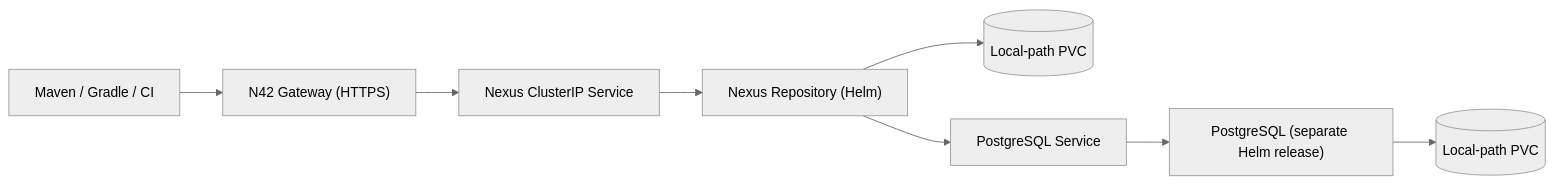
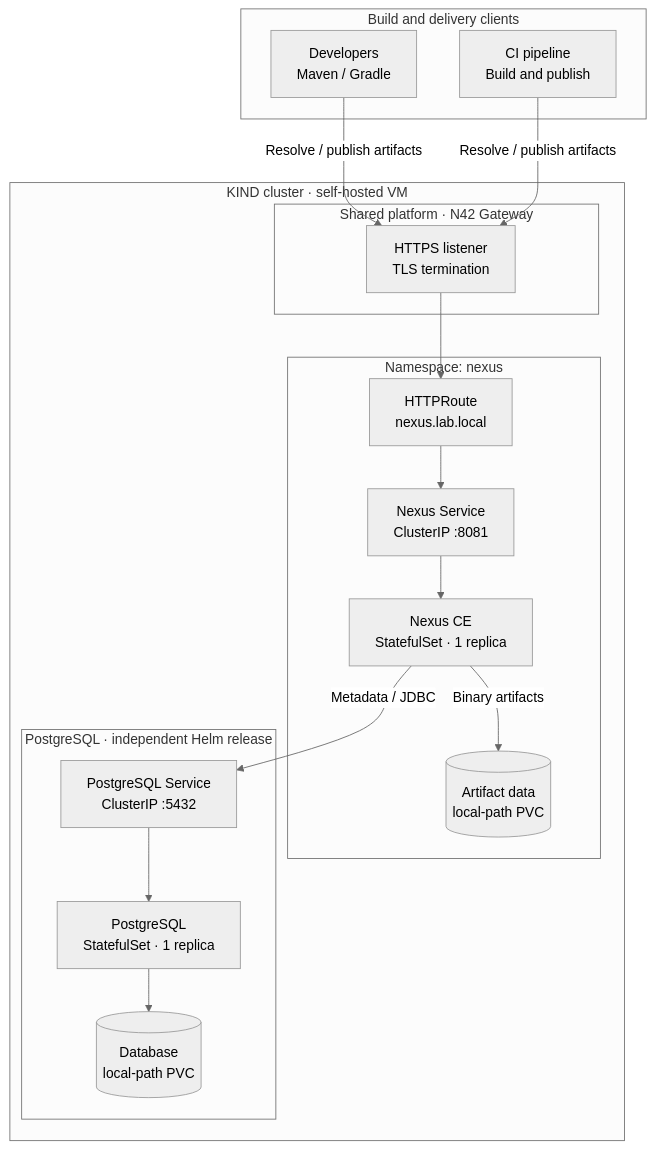
Before and after one commit to naren4b/cloud-platform-engineering-labs: the diagram in platform-engineering/core-02-nexus-artifact-repository/README.md, drawn with Mermaid (neutral theme). The commit also changed other lines of this file and 96 other files, not shown here.

Commit message:
docs: present Nexus deployment architecture and staged Helm workflow

````diff
--- a/platform-engineering/core-02-nexus-artifact-repository/README.md
+++ b/platform-engineering/core-02-nexus-artifact-repository/README.md
@@ -7,10 +9,36 @@
 ```mermaid
-flowchart LR
-    Client["Maven / Gradle / CI"] --> Gateway["N42 Gateway (HTTPS)"]
-    Gateway --> Service["Nexus ClusterIP Service"]
-    Service --> Nexus["Nexus Repository (Helm)"]
-    Nexus --> Artifacts[("Local-path PVC")]
-    Nexus --> DBService["PostgreSQL Service"]
-    DBService --> PostgreSQL["PostgreSQL (separate Helm release)"]
-    PostgreSQL --> Database[("Local-path PVC")]
+flowchart TB
+    subgraph Clients["Build and delivery clients"]
+      Dev["Developers<br/>Maven / Gradle"]
+      CI["CI pipeline<br/>Build and publish"]
+    end
+
+    subgraph KIND["KIND cluster · self-hosted VM"]
+      subgraph Edge["Shared platform · N42 Gateway"]
+        TLS["HTTPS listener<br/>TLS termination"]
+      end
+
+      subgraph NexusNS["Namespace: nexus"]
+        Route["HTTPRoute<br/>nexus.lab.local"]
+        Svc["Nexus Service<br/>ClusterIP :8081"]
+        App["Nexus CE<br/>StatefulSet · 1 replica"]
+        Blob[("Artifact data<br/>local-path PVC")]
+      end
+
+      subgraph DatabaseNS["PostgreSQL · independent Helm release"]
+        DbSvc["PostgreSQL Service<br/>ClusterIP :5432"]
+        Pg["PostgreSQL<br/>StatefulSet · 1 replica"]
+        Data[("Database<br/>local-path PVC")]
+      end
+    end
+
+    Dev -->|"Resolve / publish artifacts"| TLS
+    CI -->|"Resolve / publish artifacts"| TLS
+    TLS --> Route
+    Route --> Svc
+    Svc --> App
+    App -->|"Binary artifacts"| Blob
+    App -->|"Metadata / JDBC"| DbSvc
+    DbSvc --> Pg
+    Pg --> Data
 ```
````
